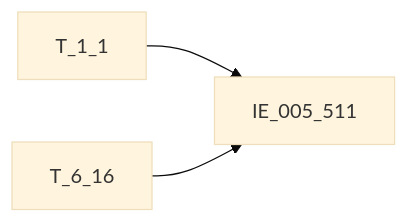
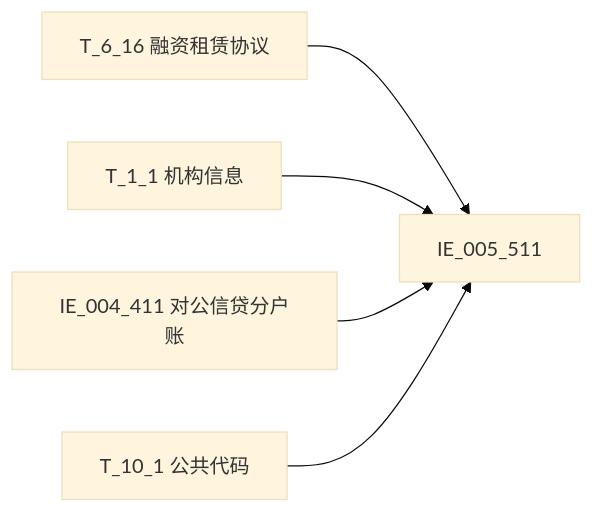
One commit to zhoujk1989-arch/Obsidian changed the diagram in regulatory-data-lab/知识库/血缘/EAST5.0系统/血缘-IE_005_511-融资租赁业务表-EAST5.0系统.md. Above: the diagram before and after it, drawn with Mermaid (base theme). The commit also changed other lines of this file and 22 other files, not shown here.

````diff
--- a/regulatory-data-lab/知识库/血缘/EAST5.0系统/血缘-IE_005_511-融资租赁业务表-EAST5.0系统.md
+++ b/regulatory-data-lab/知识库/血缘/EAST5.0系统/血缘-IE_005_511-融资租赁业务表-EAST5.0系统.md
@@ -93,5 +108,7 @@
 ```mermaid
 flowchart LR
-    S1["T_1_1"] --> T["IE_005_511"]
-    S2["T_6_16"] --> T["IE_005_511"]
+    T616["T_6_16 融资租赁协议"] --> T["IE_005_511"]
+    T11["T_1_1 机构信息"] --> T
+    IE411["IE_004_411 对公信贷分户账"] --> T
+    T101["T_10_1 公共代码"] --> T
 ```
````
